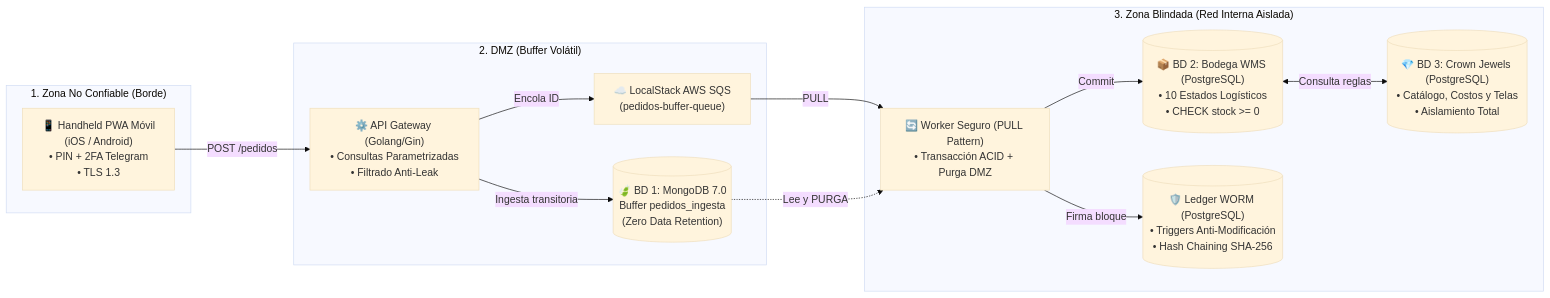
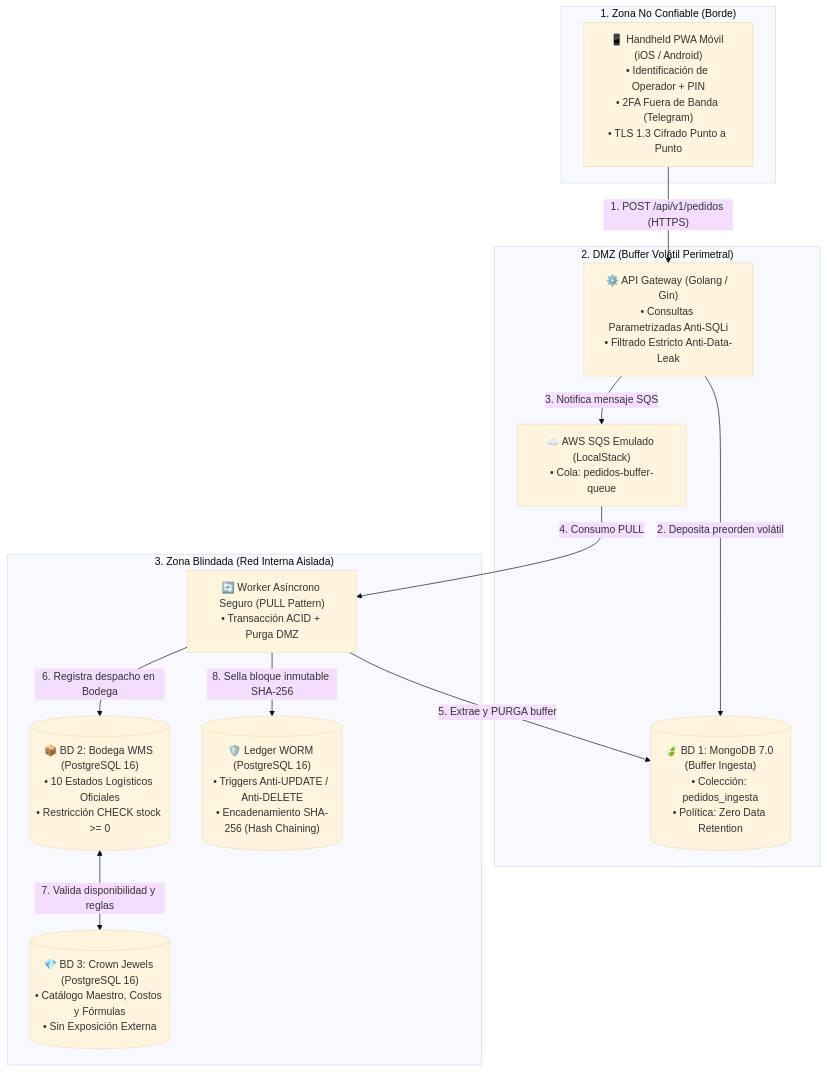
The diagram in README.md (JoshuaMzV/Corte-Sastre), drawn with Mermaid (base theme) before and after one commit. The commit also changed other lines of this file and 3 other files, not shown here.

Commit message:
fix: diagrama vertical legible en readme, eliminar matriz de credenciales, pin dinamico sin autoenvio y reset de flujo al cerrar sesion

````diff
--- a/README.md
+++ b/README.md
@@ -35,28 +35,28 @@
 ```mermaid
-flowchart LR
+flowchart TD
     subgraph Zona1["1. Zona No Confiable (Borde)"]
-        HH["📱 Handheld PWA Móvil\n(iOS / Android)\n• PIN + 2FA Telegram\n• TLS 1.3"]
+        HH["📱 Handheld PWA Móvil (iOS / Android)<br/>• Identificación de Operador + PIN<br/>• 2FA Fuera de Banda (Telegram)<br/>• TLS 1.3 Cifrado Punto a Punto"]
     end
 
-    subgraph Zona2["2. DMZ (Buffer Volátil)"]
-        API["⚙️ API Gateway (Golang/Gin)\n• Consultas Parametrizadas\n• Filtrado Anti-Leak"]
-        BD1[("🍃 BD 1: MongoDB 7.0\nBuffer pedidos_ingesta\n(Zero Data Retention)")]
-        SQS["☁️ LocalStack AWS SQS\n(pedidos-buffer-queue)"]
+    subgraph Zona2["2. DMZ (Buffer Volátil Perimetral)"]
+        API["⚙️ API Gateway (Golang / Gin)<br/>• Consultas Parametrizadas Anti-SQLi<br/>• Filtrado Estricto Anti-Data-Leak"]
+        BD1[("🍃 BD 1: MongoDB 7.0 (Buffer Ingesta)<br/>• Colección: pedidos_ingesta<br/>• Política: Zero Data Retention")]
+        SQS["☁️ AWS SQS Emulado (LocalStack)<br/>• Cola: pedidos-buffer-queue"]
     end
 
     subgraph Zona3["3. Zona Blindada (Red Interna Aislada)"]
-        Worker["🔄 Worker Seguro (PULL Pattern)\n• Transacción ACID + Purga DMZ"]
-        BD2[("📦 BD 2: Bodega WMS (PostgreSQL)\n• 10 Estados Logísticos\n• CHECK stock >= 0")]
-        BD3[("💎 BD 3: Crown Jewels (PostgreSQL)\n• Catálogo, Costos y Telas\n• Aislamiento Total")]
-        WORM[("🛡️ Ledger WORM (PostgreSQL)\n• Triggers Anti-Modificación\n• Hash Chaining SHA-256")]
+        Worker["🔄 Worker Asíncrono Seguro (PULL Pattern)<br/>• Transacción ACID + Purga DMZ"]
+        BD2[("📦 BD 2: Bodega WMS (PostgreSQL 16)<br/>• 10 Estados Logísticos Oficiales<br/>• Restricción CHECK stock >= 0")]
+        BD3[("💎 BD 3: Crown Jewels (PostgreSQL 16)<br/>• Catálogo Maestro, Costos y Fórmulas<br/>• Sin Exposición Externa")]
+        WORM[("🛡️ Ledger WORM (PostgreSQL 16)<br/>• Triggers Anti-UPDATE / Anti-DELETE<br/>• Encadenamiento SHA-256 (Hash Chaining)")]
     end
 
-    HH -->|"POST /pedidos"| API
-    API -->|"Ingesta transitoria"| BD1
-    API -->|"Encola ID"| SQS
-    SQS -->|"PULL"| Worker
-    BD1 -.->|"Lee y PURGA"| Worker
-    Worker -->|"Commit"| BD2
-    BD2 <-->|"Consulta reglas"| BD3
-    Worker -->|"Firma bloque"| WORM
+    HH -->|"1. POST /api/v1/pedidos (HTTPS)"| API
+    API -->|"2. Deposita preorden volátil"| BD1
+    API -->|"3. Notifica mensaje SQS"| SQS
+    SQS -->|"4. Consumo PULL"| Worker
+    Worker -->|"5. Extrae y PURGA buffer"| BD1
+    Worker -->|"6. Registra despacho en Bodega"| BD2
+    BD2 <-->|"7. Valida disponibilidad y reglas"| BD3
+    Worker -->|"8. Sella bloque inmutable SHA-256"| WORM
 ```
````
